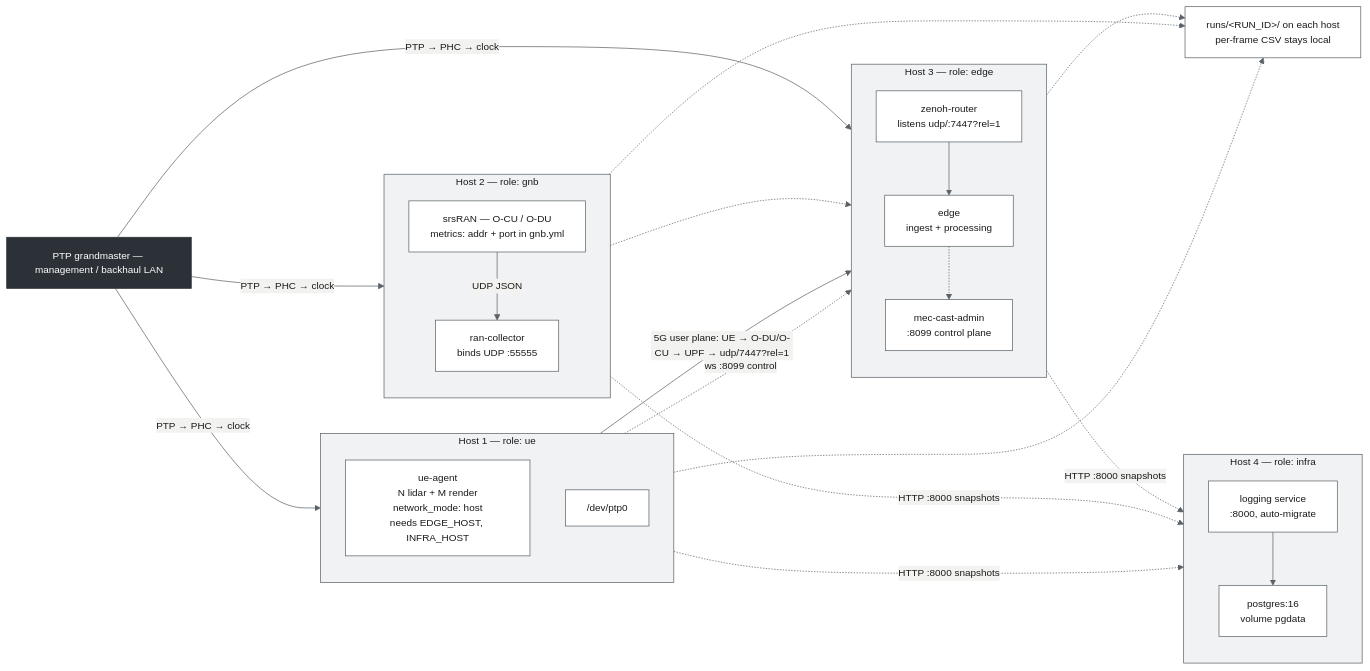
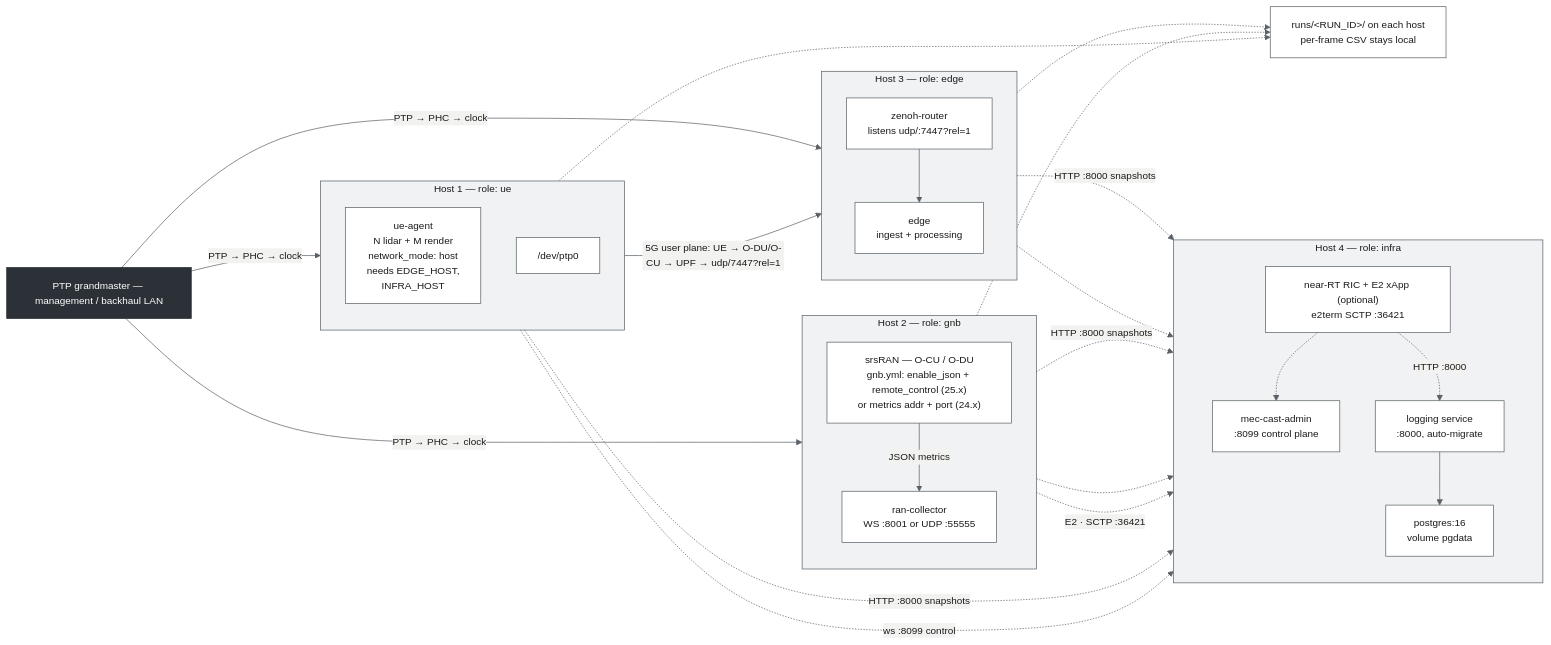
One commit to morosev/mec-cast changed the diagram in docs/diagrams/lab-deployment.mmd. Above: the diagram before and after it, drawn with Mermaid. The commit also changed 19 other files, not shown here.

```diff
--- a/docs/diagrams/lab-deployment.mmd
+++ b/docs/diagrams/lab-deployment.mmd
@@ -1,63 +1,67 @@
 %% mec-cast — lab deployment, four roles on four hosts (deck slide 3)
 %% Deploy order: infra -> edge -> gnb -> ue
 %% Edit this file, then: bash docs/diagrams/render.sh
 %%{init: {"theme":"base","themeVariables":{
   "background":"#FFFFFF","primaryColor":"#F1F2F3","primaryTextColor":"#1A1A1A",
   "primaryBorderColor":"#5A6167","lineColor":"#5A6167","textColor":"#1A1A1A",
   "clusterBkg":"#FFFFFF","clusterBorder":"#1A1A1A","titleColor":"#1A1A1A","nodeTextColor":"#1A1A1A",
   "fontFamily":"Calibri, Arial, sans-serif","fontSize":"14px"}} }%%
 flowchart LR
   classDef host fill:#F1F2F3,stroke:#5A6167,stroke-width:1px,color:#1A1A1A
   classDef svc fill:#FFFFFF,stroke:#5A6167,stroke-width:1px,color:#1A1A1A
   classDef sync fill:#2B3136,stroke:#2B3136,color:#FFFFFF
 
   subgraph UEH["Host 1 — role: ue"]
     direction TB
-    LC["ue-agent<br/>N lidar + M render<br/>network_mode: host<br/>needs EDGE_HOST, INFRA_HOST"]
+    LC["ue-agent<br/>N lidar + M render<br/>network_mode: host<br/>needs EDGE_HOST,<br/>INFRA_HOST"]
     PTPU["/dev/ptp0"]
   end
 
   subgraph GNBH["Host 2 — role: gnb"]
     direction TB
-    SRS["srsRAN — O-CU / O-DU<br/>metrics: addr + port in gnb.yml"]
-    RC["ran-collector<br/>binds UDP :55555"]
-    SRS -->|"UDP JSON"| RC
+    SRS["srsRAN — O-CU / O-DU<br/>gnb.yml: enable_json + remote_control (25.x)<br/>or metrics addr + port (24.x)"]
+    RC["ran-collector<br/>WS :8001 or UDP :55555"]
+    SRS -->|"JSON metrics"| RC
   end
 
   subgraph EDGEH["Host 3 — role: edge"]
     direction TB
     ZR["zenoh-router<br/>listens udp/:7447?rel=1"]
     ED["edge<br/>ingest + processing"]
-    ADM["mec-cast-admin<br/>:8099 control plane"]
     ZR --> ED
   end
 
   subgraph INFRAH["Host 4 — role: infra"]
     direction TB
+    ADM["mec-cast-admin<br/>:8099 control plane"]
     LOGS["logging service<br/>:8000, auto-migrate"]
     PG["postgres:16<br/>volume pgdata"]
+    RIC["near-RT RIC + E2 xApp (optional)<br/>e2term SCTP :36421"]
     LOGS --> PG
   end
 
   LC -->|"5G user plane: UE → O-DU/O-CU → UPF → udp/7447?rel=1"| ZR
   LC -.->|"HTTP :8000 snapshots"| LOGS
   ED -.->|"HTTP :8000 snapshots"| LOGS
   RC -.->|"HTTP :8000 snapshots"| LOGS
 
   LC -.->|"ws :8099 control"| ADM
   ED -.-> ADM
   RC -.-> ADM
+  RIC -.-> ADM
+  SRS -.->|"E2 · SCTP :36421"| RIC
+  RIC -.->|"HTTP :8000"| LOGS
 
   GM["PTP grandmaster — management / backhaul LAN"]
   GM -->|"PTP → PHC → clock"| UEH
   GM -->|"PTP → PHC → clock"| GNBH
   GM -->|"PTP → PHC → clock"| EDGEH
 
   RUNS["runs/&lt;RUN_ID&gt;/ on each host<br/>per-frame CSV stays local"]
   LC -.-> RUNS
   ED -.-> RUNS
   RC -.-> RUNS
 
   class UEH,GNBH,EDGEH,INFRAH host
-  class LC,SRS,RC,ZR,ED,ADM,LOGS,PG,PTPU,RUNS svc
+  class LC,SRS,RC,ZR,ED,ADM,LOGS,PG,RIC,PTPU,RUNS svc
   class GM sync
```
